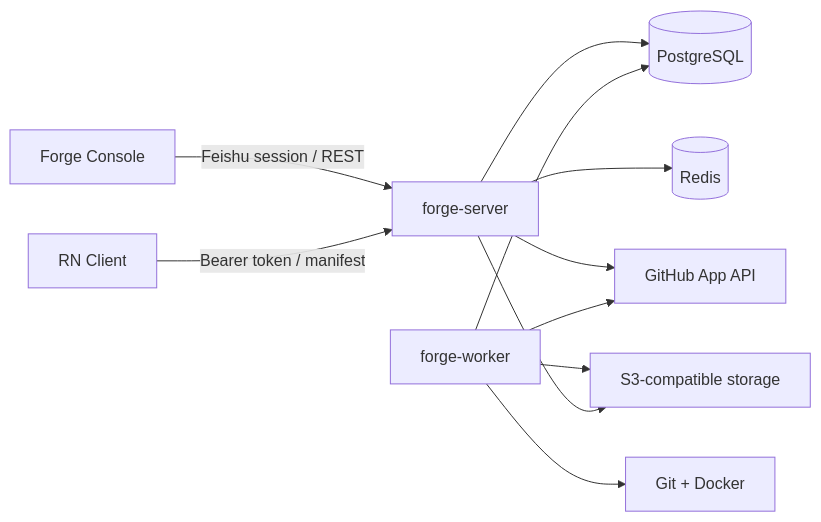
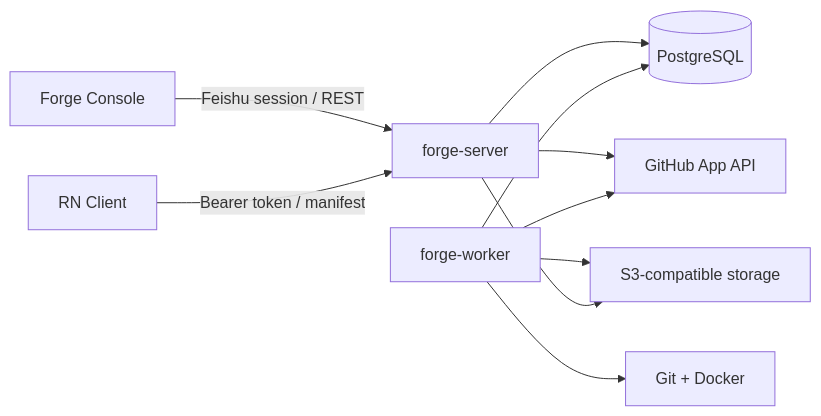
Before and after one commit to seaooo-code/forge-server: the diagram in README.md, drawn with Mermaid. The commit also changed other lines of this file and 11 other files, not shown here.

````diff
--- a/README.md
+++ b/README.md
@@ -7,13 +7,12 @@
 ```mermaid
 flowchart LR
   Console["Forge Console"] -->|"Feishu session / REST"| API["forge-server"]
   Client["RN Client"] -->|"Bearer token / manifest"| API
   API --> PostgreSQL[(PostgreSQL)]
-  API --> Redis[(Redis)]
   API --> GitHub["GitHub App API"]
   Worker["forge-worker"] --> PostgreSQL
   Worker --> GitHub
   Worker --> Docker["Git + Docker"]
   Worker --> S3["S3-compatible storage"]
   API --> S3
 ```
````
